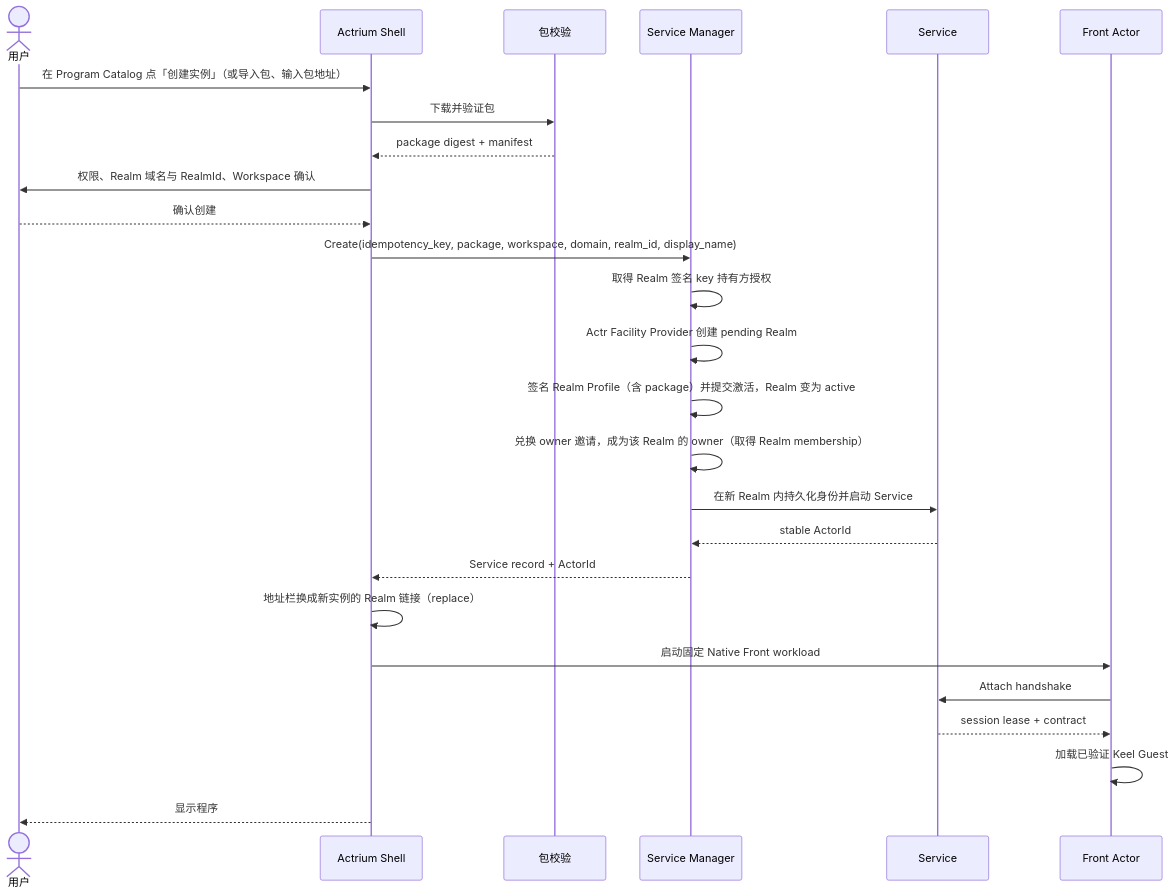
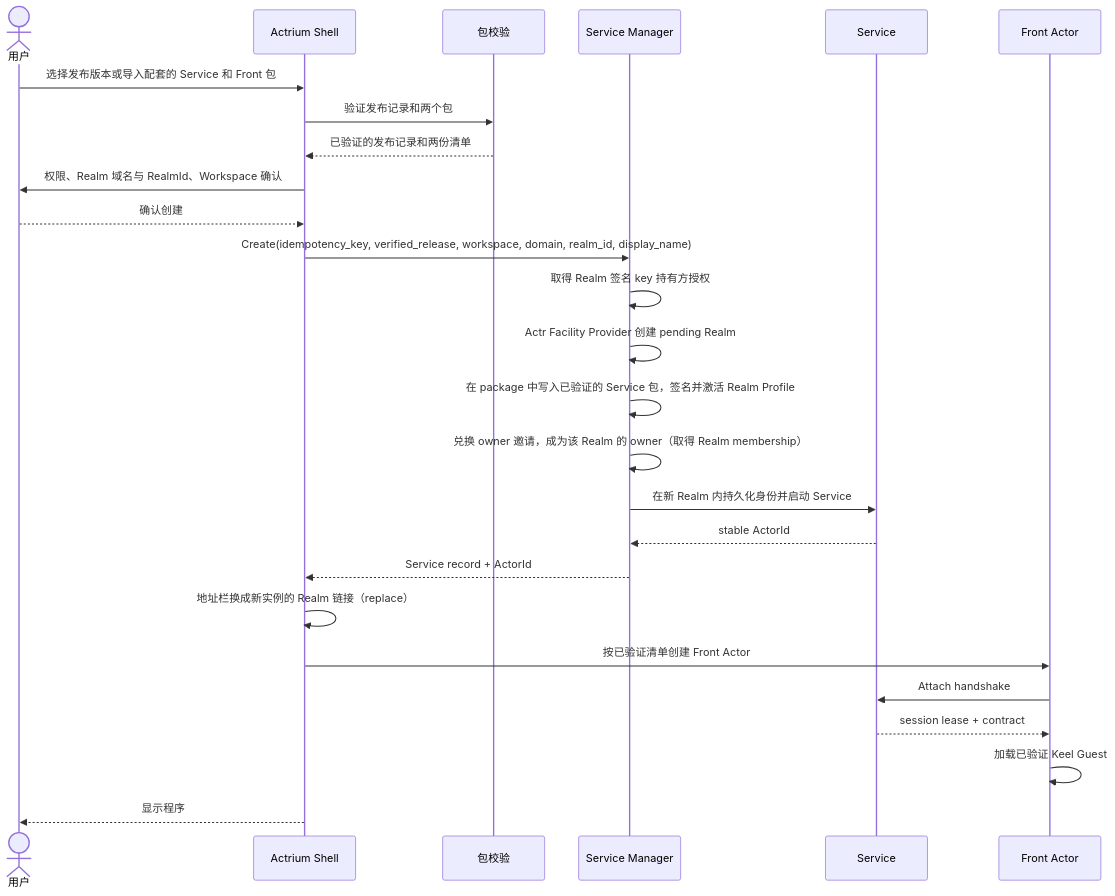
Before and after one commit to Actrium/actrium: the diagram in docs/product/actrium-v1/03-user-experience.zh.md, drawn with Mermaid. The commit also changed other lines of this file and 36 other files, not shown here.

````diff
--- a/docs/product/actrium-v1/03-user-experience.zh.md
+++ b/docs/product/actrium-v1/03-user-experience.zh.md
@@ -116,29 +116,29 @@
 ```mermaid
 sequenceDiagram
     actor U as 用户
     participant A as Actrium Shell
     participant P as 包校验
     participant M as Service Manager
     participant S as Service
     participant F as Front Actor
 
-    U->>A: 在 Program Catalog 点「创建实例」（或导入包、输入包地址）
-    A->>P: 下载并验证包
-    P-->>A: package digest + manifest
+    U->>A: 选择发布版本或导入配套的 Service 和 Front 包
+    A->>P: 验证发布记录和两个包
+    P-->>A: 已验证的发布记录和两份清单
     A->>U: 权限、Realm 域名与 RealmId、Workspace 确认
     U-->>A: 确认创建
-    A->>M: Create(idempotency_key, package, workspace, domain, realm_id, display_name)
+    A->>M: Create(idempotency_key, verified_release, workspace, domain, realm_id, display_name)
     M->>M: 取得 Realm 签名 key 持有方授权
     M->>M: Actr Facility Provider 创建 pending Realm
-    M->>M: 签名 Realm Profile（含 package）并提交激活，Realm 变为 active
+    M->>M: 在 package 中写入已验证的 Service 包，签名并激活 Realm Profile
     M->>M: 兑换 owner 邀请，成为该 Realm 的 owner（取得 Realm membership）
     M->>S: 在新 Realm 内持久化身份并启动 Service
     S-->>M: stable ActorId
     M-->>A: Service record + ActorId
     A->>A: 地址栏换成新实例的 Realm 链接（replace）
-    A->>F: 启动固定 Native Front workload
+    A->>F: 按已验证清单创建 Front Actor
     F->>S: Attach handshake
     S-->>F: session lease + contract
     F->>F: 加载已验证 Keel Guest
     A-->>U: 显示程序
 ```
````
